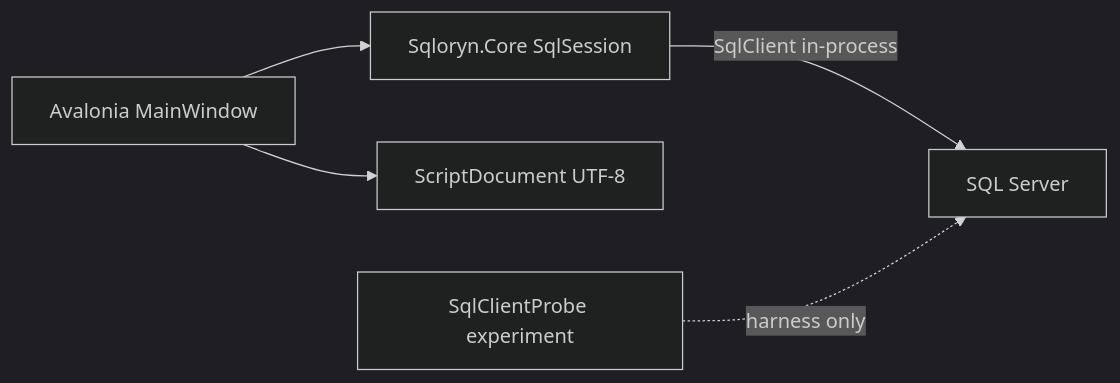
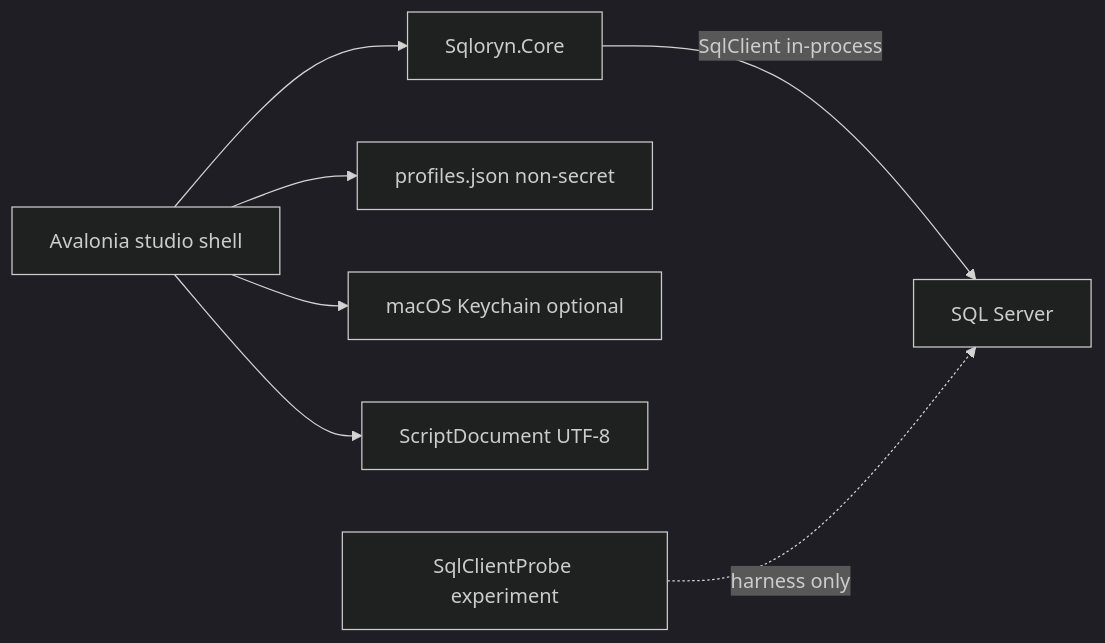
Before and after one commit to angaravasist/sqloryn: the diagram in docs/ARCHITECTURE.md, drawn with Mermaid (dark theme). The commit also changed other lines of this file and 153 other files, not shown here.

First line of the commit message:
Add macOS database studio preview: profiles, Object Explorer, batches, grids, table design and data editing

````diff
--- a/docs/ARCHITECTURE.md
+++ b/docs/ARCHITECTURE.md
@@ -8,7 +9,9 @@
 ```mermaid
 flowchart LR
-  UI[Avalonia MainWindow] --> Core[Sqloryn.Core SqlSession]
+  UI[Avalonia studio shell] --> Core[Sqloryn.Core]
   Core -->|SqlClient in-process| SQL[SQL Server]
+  UI --> Profiles[profiles.json non-secret]
+  UI --> Keychain[macOS Keychain optional]
   UI --> Docs[ScriptDocument UTF-8]
   Probe[SqlClientProbe experiment] -. harness only .-> SQL
 ```
````
